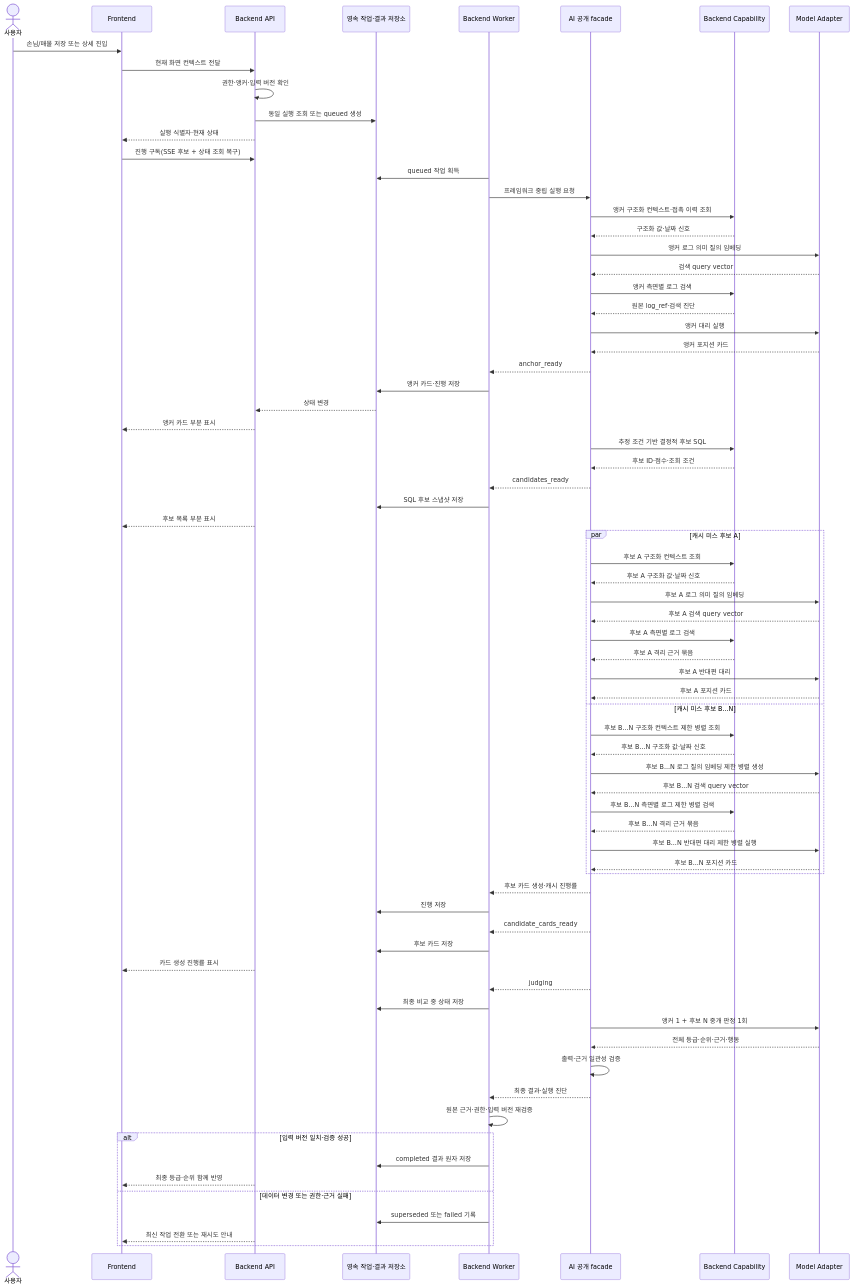
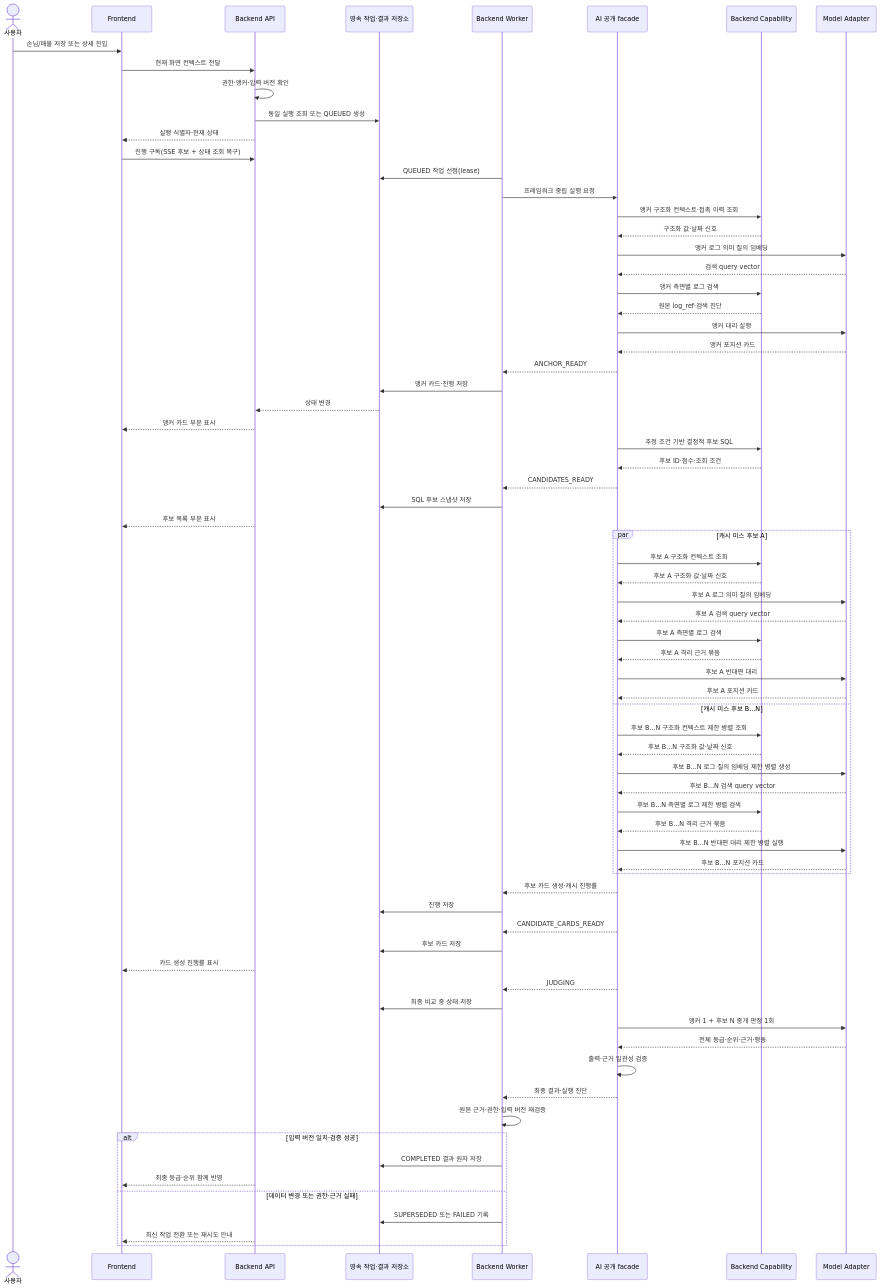
One commit to SKNETWORKS-FAMILY-AICAMP/SKN30-FINAL-3Team changed the diagram in docs/architecture/f3/online-runtime.md. Above: the diagram before and after it, drawn with Mermaid. The commit also changed other lines of this file and 10 other files, not shown here.

````diff
--- a/docs/architecture/f3/online-runtime.md
+++ b/docs/architecture/f3/online-runtime.md
@@ -67,79 +67,79 @@
 ```mermaid
 sequenceDiagram
     actor User as 사용자
     participant FE as Frontend
     participant API as Backend API
     participant Job as 영속 작업·결과 저장소
     participant W as Backend Worker
     participant AI as AI 공개 facade
     participant Cap as Backend Capability
     participant Model as Model Adapter
 
     User->>FE: 손님/매물 저장 또는 상세 진입
     FE->>API: 현재 화면 컨텍스트 전달
     API->>API: 권한·앵커·입력 버전 확인
-    API->>Job: 동일 실행 조회 또는 queued 생성
+    API->>Job: 동일 실행 조회 또는 QUEUED 생성
     API-->>FE: 실행 식별자·현재 상태
     FE->>API: 진행 구독(SSE 후보 + 상태 조회 복구)
 
-    W->>Job: queued 작업 획득
+    W->>Job: QUEUED 작업 선점(lease)
     W->>AI: 프레임워크 중립 실행 요청
     AI->>Cap: 앵커 구조화 컨텍스트·접촉 이력 조회
     Cap-->>AI: 구조화 값·날짜 신호
     AI->>Model: 앵커 로그 의미 질의 임베딩
     Model-->>AI: 검색 query vector
     AI->>Cap: 앵커 측면별 로그 검색
     Cap-->>AI: 원본 log_ref·검색 진단
     AI->>Model: 앵커 대리 실행
     Model-->>AI: 앵커 포지션 카드
-    AI-->>W: anchor_ready
+    AI-->>W: ANCHOR_READY
     W->>Job: 앵커 카드·진행 저장
     Job-->>API: 상태 변경
     API-->>FE: 앵커 카드 부분 표시
 
     AI->>Cap: 추정 조건 기반 결정적 후보 SQL
     Cap-->>AI: 후보 ID·점수·조회 조건
-    AI-->>W: candidates_ready
+    AI-->>W: CANDIDATES_READY
     W->>Job: SQL 후보 스냅샷 저장
     API-->>FE: 후보 목록 부분 표시
 
     par 캐시 미스 후보 A
         AI->>Cap: 후보 A 구조화 컨텍스트 조회
         Cap-->>AI: 후보 A 구조화 값·날짜 신호
         AI->>Model: 후보 A 로그 의미 질의 임베딩
         Model-->>AI: 후보 A 검색 query vector
         AI->>Cap: 후보 A 측면별 로그 검색
         Cap-->>AI: 후보 A 격리 근거 묶음
         AI->>Model: 후보 A 반대편 대리
         Model-->>AI: 후보 A 포지션 카드
     and 캐시 미스 후보 B...N
         AI->>Cap: 후보 B...N 구조화 컨텍스트 제한 병렬 조회
         Cap-->>AI: 후보 B...N 구조화 값·날짜 신호
         AI->>Model: 후보 B...N 로그 질의 임베딩 제한 병렬 생성
         Model-->>AI: 후보 B...N 검색 query vector
         AI->>Cap: 후보 B...N 측면별 로그 제한 병렬 검색
         Cap-->>AI: 후보 B...N 격리 근거 묶음
         AI->>Model: 후보 B...N 반대편 대리 제한 병렬 실행
         Model-->>AI: 후보 B...N 포지션 카드
     end
     AI-->>W: 후보 카드 생성·캐시 진행률
     W->>Job: 진행 저장
-    AI-->>W: candidate_cards_ready
+    AI-->>W: CANDIDATE_CARDS_READY
     W->>Job: 후보 카드 저장
     API-->>FE: 카드 생성 진행률 표시
 
-    AI-->>W: judging
+    AI-->>W: JUDGING
     W->>Job: 최종 비교 중 상태 저장
     AI->>Model: 앵커 1 + 후보 N 중개 판정 1회
     Model-->>AI: 전체 등급·순위·근거·행동
     AI->>AI: 출력·근거 일관성 검증
     AI-->>W: 최종 결과·실행 진단
     W->>W: 원본 근거·권한·입력 버전 재검증
     alt 입력 버전 일치·검증 성공
-        W->>Job: completed 결과 원자 저장
+        W->>Job: COMPLETED 결과 원자 저장
         API-->>FE: 최종 등급·순위 함께 반영
     else 데이터 변경 또는 권한·근거 실패
-        W->>Job: superseded 또는 failed 기록
+        W->>Job: SUPERSEDED 또는 FAILED 기록
         API-->>FE: 최신 작업 전환 또는 재시도 안내
     end
 ```
````
